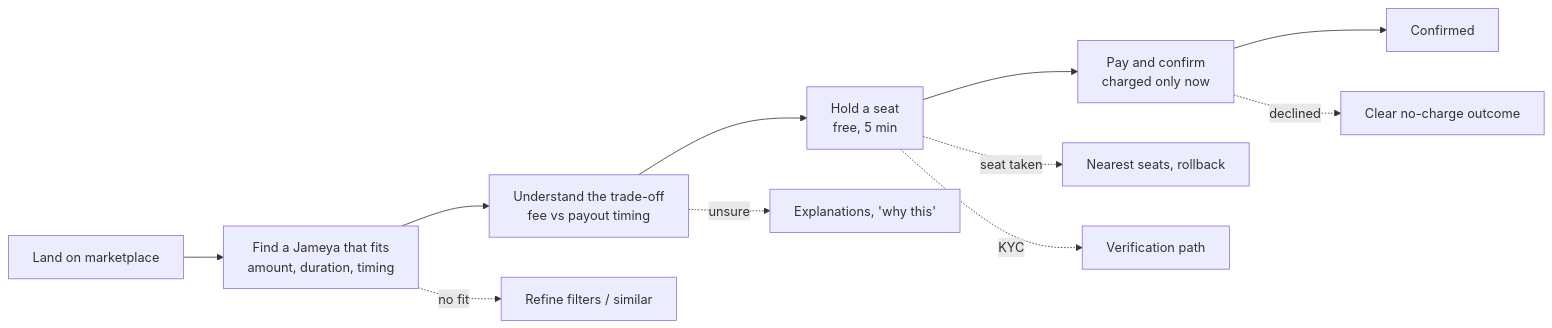
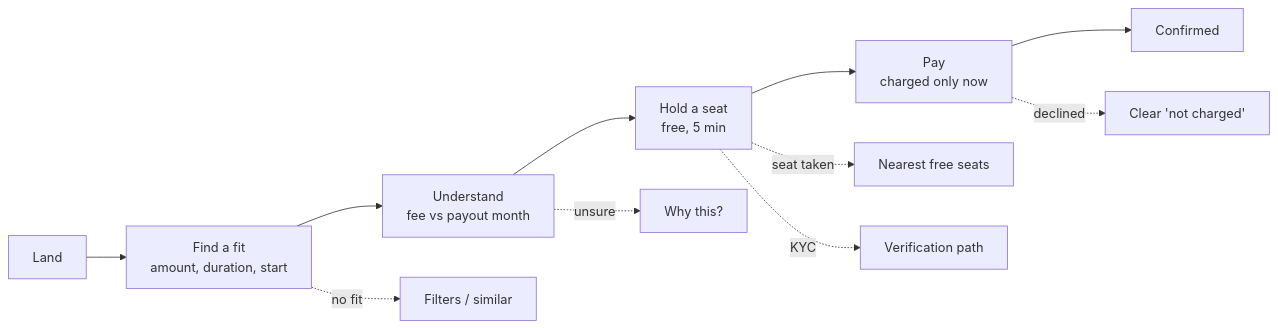
Before and after one commit to ehamamrah/Pokunity: the diagram in docs/marketplace/ux-strategy.md, drawn with Mermaid. The commit also changed other lines of this file and 7 other files, not shown here.

````diff
--- a/docs/marketplace/ux-strategy.md
+++ b/docs/marketplace/ux-strategy.md
@@ -11,13 +7,13 @@
 ```mermaid
 flowchart LR
-  A[Land on marketplace] --> B[Find a Jameya that fits<br/>amount, duration, timing]
-  B --> C[Understand the trade-off<br/>fee vs payout timing]
+  A[Land] --> B[Find a fit<br/>amount, duration, start]
+  B --> C[Understand<br/>fee vs payout month]
   C --> D[Hold a seat<br/>free, 5 min]
-  D --> E[Pay and confirm<br/>charged only now]
+  D --> E[Pay<br/>charged only now]
   E --> F[Confirmed]
-  B -. no fit .-> X1[Refine filters / similar]
-  C -. unsure .-> X2[Explanations, 'why this']
-  D -. seat taken .-> X3[Nearest seats, rollback]
+  B -. no fit .-> X1[Filters / similar]
+  C -. unsure .-> X2["Why this?"]
+  D -. seat taken .-> X3[Nearest free seats]
   D -. KYC .-> X4[Verification path]
-  E -. declined .-> X5[Clear no-charge outcome]
+  E -. declined .-> X5[Clear 'not charged']
 ```
````
